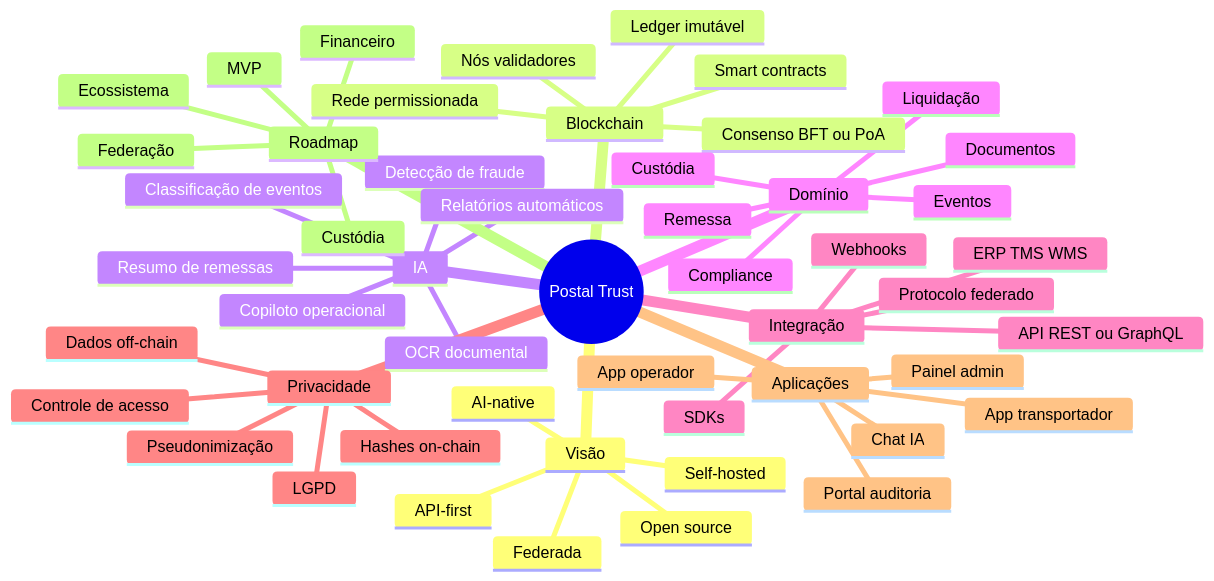
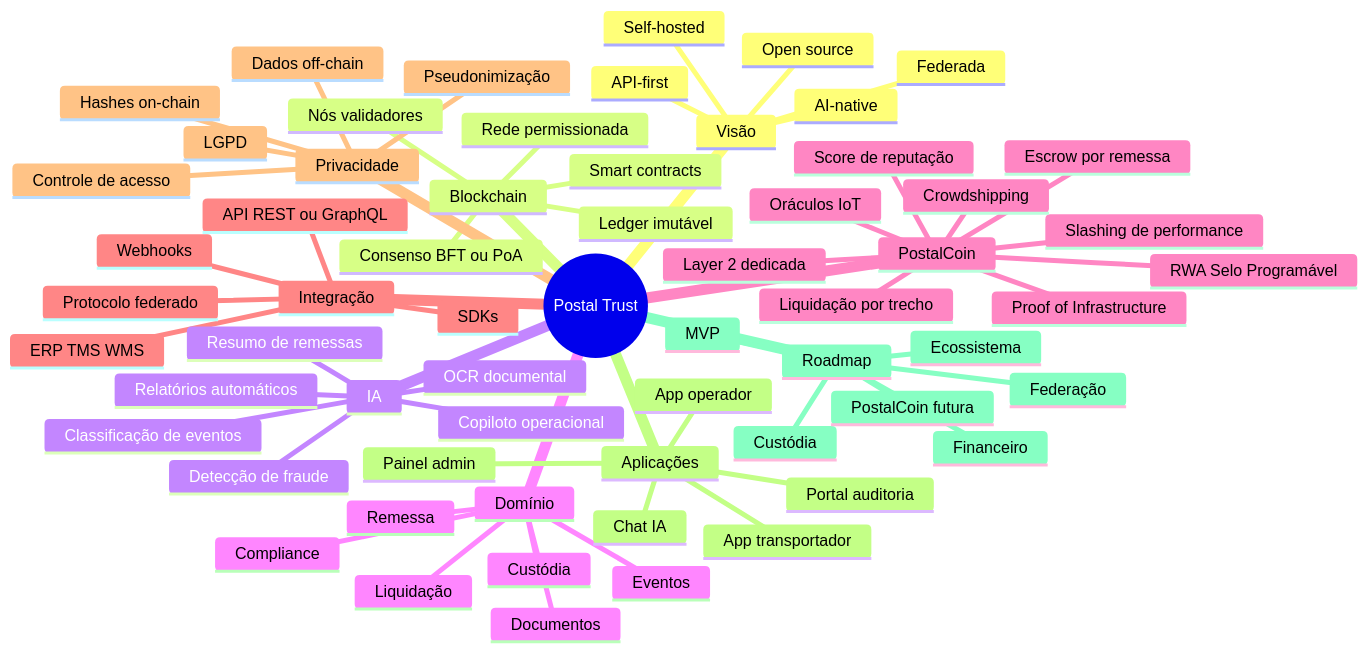
One commit to danielbfs/PostalTrust changed the first of 3 diagrams in OBSIDIAN_BRAIN.md. Above: the diagram before and after it, drawn with Mermaid. The commit also changed other lines of this file and 11 other files, not shown here.

Commit message:
docs: add PostalCoin thesis (RWA / Programmable Stamp) and integrate across all project documents

````diff
--- a/OBSIDIAN_BRAIN.md
+++ b/OBSIDIAN_BRAIN.md
@@ -7,54 +7,65 @@
 ```mermaid
 mindmap
   root((Postal Trust))
     Visão
       Open source
       Self-hosted
       Federada
       API-first
       AI-native
     Blockchain
       Rede permissionada
       Nós validadores
       Consenso BFT ou PoA
       Ledger imutável
       Smart contracts
     IA
       OCR documental
       Classificação de eventos
       Resumo de remessas
       Detecção de fraude
       Copiloto operacional
       Relatórios automáticos
     Domínio
       Remessa
       Custódia
       Eventos
       Documentos
       Liquidação
       Compliance
+    PostalCoin
+      RWA Selo Programável
+      Proof of Infrastructure
+      Escrow por remessa
+      Liquidação por trecho
+      Slashing de performance
+      Score de reputação
+      Crowdshipping
+      Oráculos IoT
+      Layer 2 dedicada
     Integração
       API REST ou GraphQL
       Webhooks
       SDKs
       Protocolo federado
       ERP TMS WMS
     Privacidade
       LGPD
       Pseudonimização
       Dados off-chain
       Hashes on-chain
       Controle de acesso
     Aplicações
       Painel admin
       Portal auditoria
       App operador
       App transportador
       Chat IA
     Roadmap
       MVP
       Custódia
       Financeiro
       Federação
       Ecossistema
+      PostalCoin futura
 ```
````
